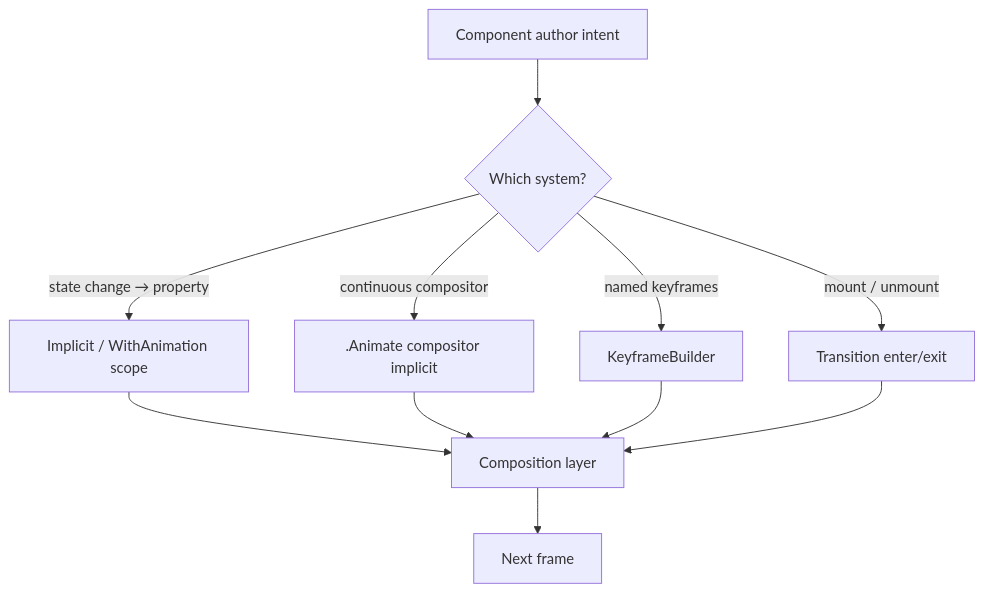
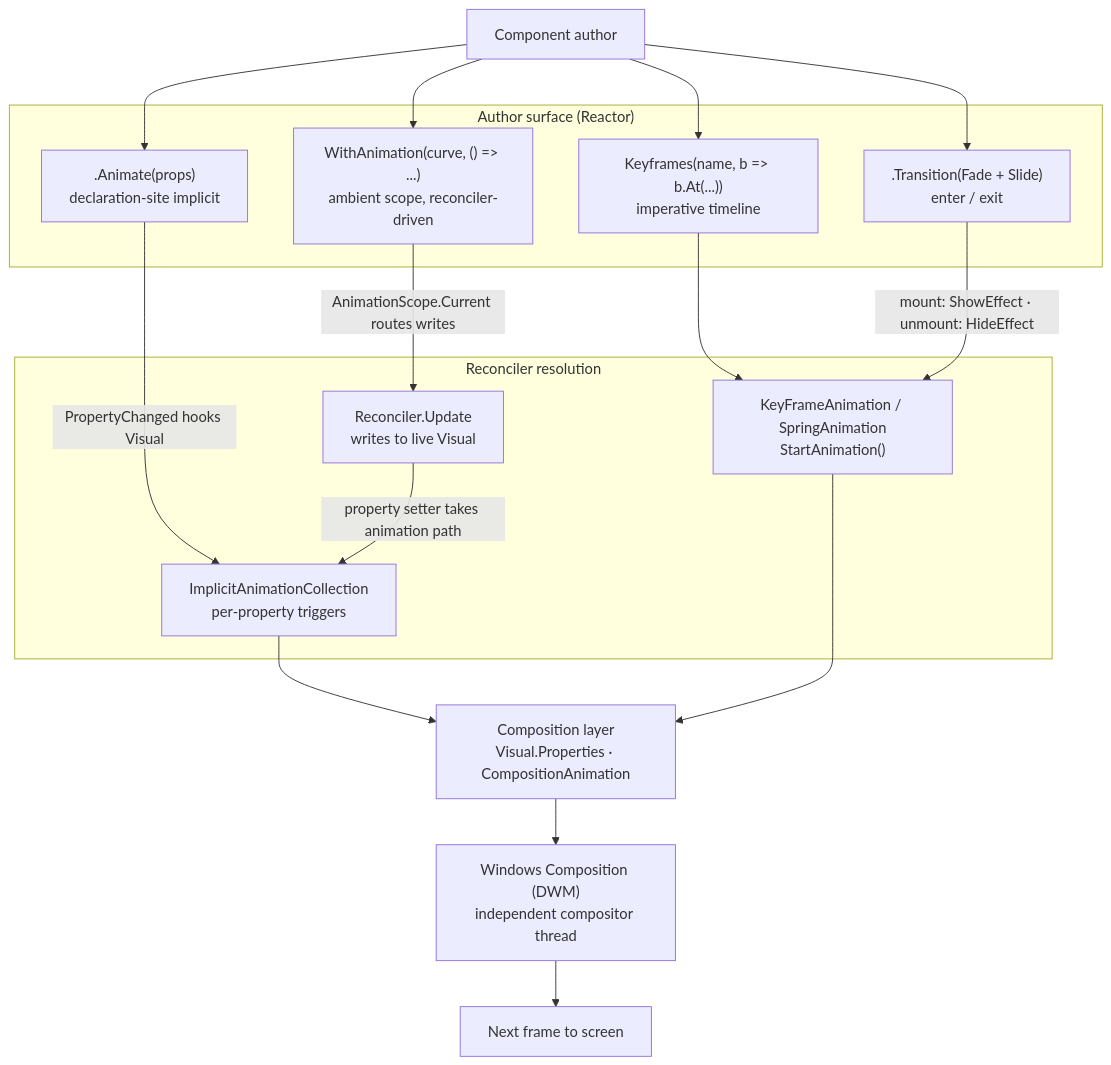
The diagram in docs/_pipeline/diagrams/animation-pipeline/four-systems.mmd (microsoft/microsoft-ui-reactor), drawn with Mermaid before and after one commit. The commit also changed 3 other files, not shown here.

First line of the commit message:
docs(041): animation-pipeline at Comprehensive tier (3.5.12)

```diff
--- a/docs/_pipeline/diagrams/animation-pipeline/four-systems.mmd
+++ b/docs/_pipeline/diagrams/animation-pipeline/four-systems.mmd
@@ -1,15 +1,42 @@
-%% Phase 3.5 scaffold — the four animation systems. Author should expand
-%% each with concrete examples: WithAnimation scope routing,
-%% .Animate() compositor implicit anims, KeyframeBuilder fluent shape,
-%% and the Transition enter/exit lifecycle.
+%% Reactor animation pipeline. Four systems author against a single
+%% compositor layer: implicit per-property animation via .Animate(),
+%% the ambient WithAnimation scope that routes reconciler property
+%% writes through a Curve, the imperative KeyframeBuilder, and the
+%% conditional Transition enter/exit. All four converge on Windows
+%% Composition. Default Mermaid palette renders on both light and
+%% dark GitHub themes.
 flowchart TB
-    Author[Component author intent] --> Pick{Which system?}
-    Pick -->|state change → property| Implicit[Implicit / WithAnimation scope]
-    Pick -->|continuous compositor| CompAnim[.Animate compositor implicit]
-    Pick -->|named keyframes| KF[KeyframeBuilder]
-    Pick -->|mount / unmount| Trans[Transition enter/exit]
-    Implicit --> Comp[Composition layer]
-    CompAnim --> Comp
-    KF --> Comp
-    Trans --> Comp
-    Comp --> Frame[Next frame]
+    Author["Component author"]
+
+    subgraph Authoring["Author surface (Reactor)"]
+        AnimMod[".Animate(props)<br/>declaration-site implicit"]
+        Scope["WithAnimation(curve, () =&gt; ...)<br/>ambient scope, reconciler-driven"]
+        KF["Keyframes(name, b =&gt; b.At(...))<br/>imperative timeline"]
+        Trans[".Transition(Fade + Slide)<br/>enter / exit"]
+    end
+
+    subgraph Resolution["Reconciler resolution"]
+        Recon["Reconciler.Update<br/>writes to live Visual"]
+        Implicit["ImplicitAnimationCollection<br/>per-property triggers"]
+        Explicit["KeyFrameAnimation / SpringAnimation<br/>StartAnimation()"]
+    end
+
+    Comp["Composition layer<br/>Visual.Properties · CompositionAnimation"]
+    Native["Windows Composition (DWM)<br/>independent compositor thread"]
+    Frame["Next frame to screen"]
+
+    Author --> AnimMod
+    Author --> Scope
+    Author --> KF
+    Author --> Trans
+
+    AnimMod -->|"PropertyChanged hooks Visual"| Implicit
+    Scope -->|"AnimationScope.Current routes writes"| Recon
+    Recon -->|"property setter takes animation path"| Implicit
+    KF --> Explicit
+    Trans -->|"mount: ShowEffect · unmount: HideEffect"| Explicit
+
+    Implicit --> Comp
+    Explicit --> Comp
+    Comp --> Native
+    Native --> Frame
```
